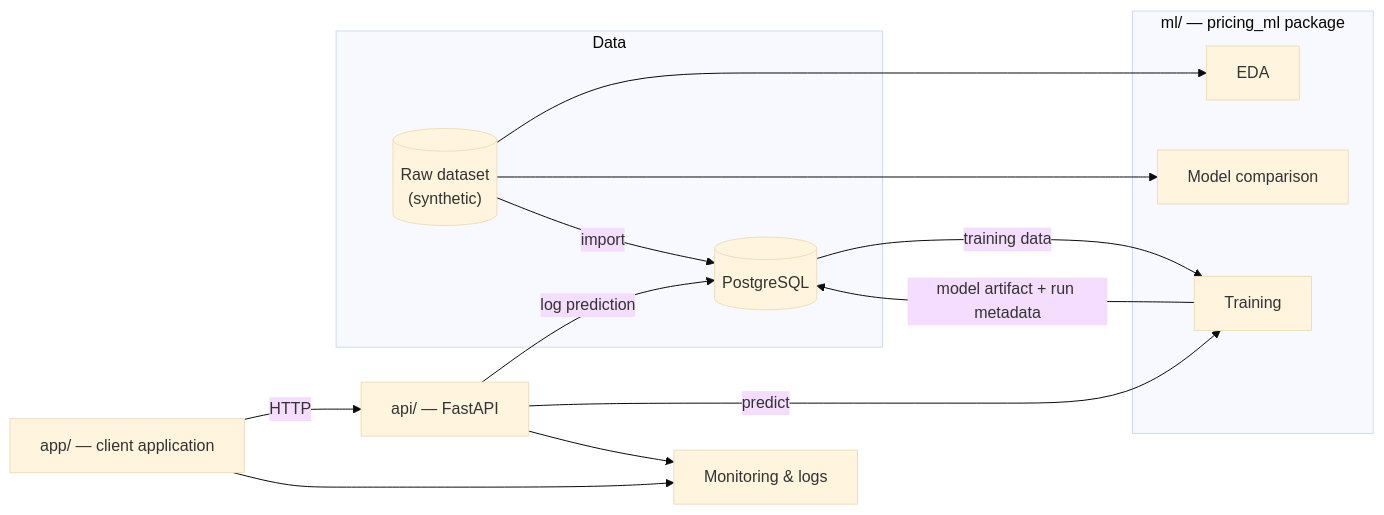
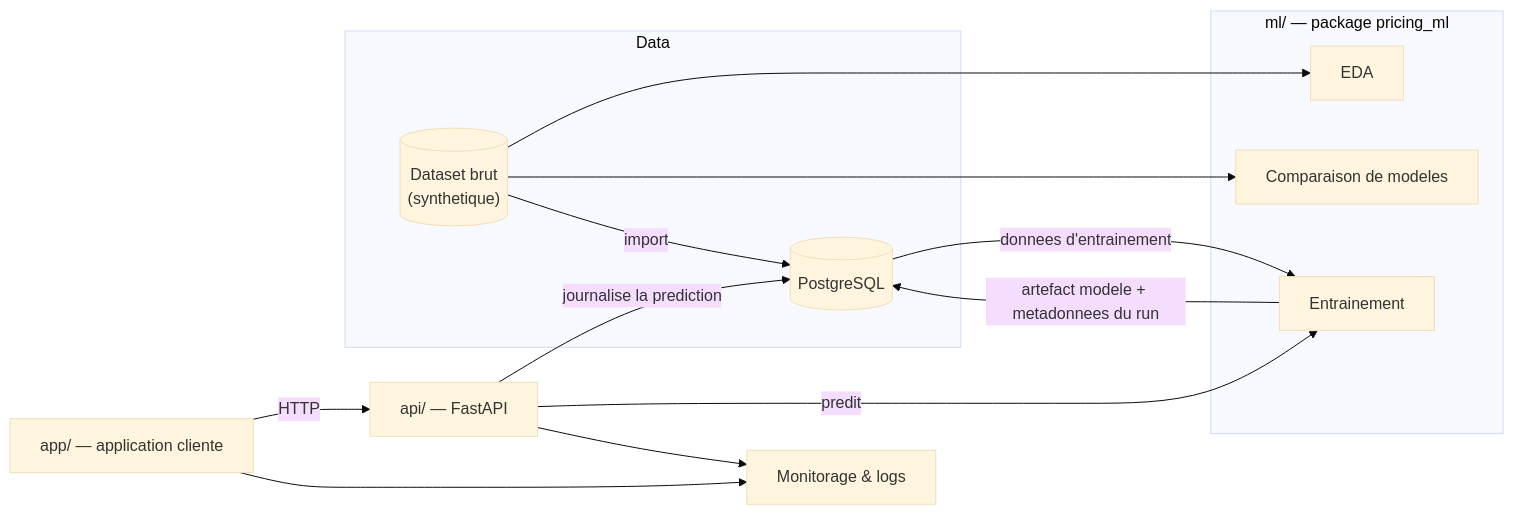
The diagram in README.md (mhandanin/TECNIBO-AI-MODEL), drawn with Mermaid (base theme) before and after one commit. The commit also changed other lines of this file and 14 other files, not shown here.

First line of the commit message:
API REST FastAPI exposant le modele de pricing

````diff
--- a/README.md
+++ b/README.md
@@ -30,28 +36,28 @@
 ```mermaid
 flowchart LR
     subgraph Data
-        XLSX[("Raw dataset<br/>(synthetic)")]
+        XLSX[("Dataset brut<br/>(synthetique)")]
         DB[(PostgreSQL)]
     end
 
-    subgraph ML["ml/ — pricing_ml package"]
+    subgraph ML["ml/ — package pricing_ml"]
         EDA[EDA]
-        CMP[Model comparison]
-        TRAIN[Training]
+        CMP[Comparaison de modeles]
+        TRAIN[Entrainement]
     end
 
     API["api/ — FastAPI"]
-    APP["app/ — client application"]
-    MON["Monitoring & logs"]
+    APP["app/ — application cliente"]
+    MON["Monitorage & logs"]
 
     XLSX --> EDA
     XLSX --> CMP
     XLSX -->|import| DB
-    DB -->|training data| TRAIN
-    TRAIN -->|model artifact + run metadata| DB
-    API -->|predict| TRAIN
-    API -->|log prediction| DB
+    DB -->|donnees d'entrainement| TRAIN
+    TRAIN -->|artefact modele + metadonnees du run| DB
+    API -->|predit| TRAIN
+    API -->|journalise la prediction| DB
     APP -->|HTTP| API
     API --> MON
     APP --> MON
 ```
````
